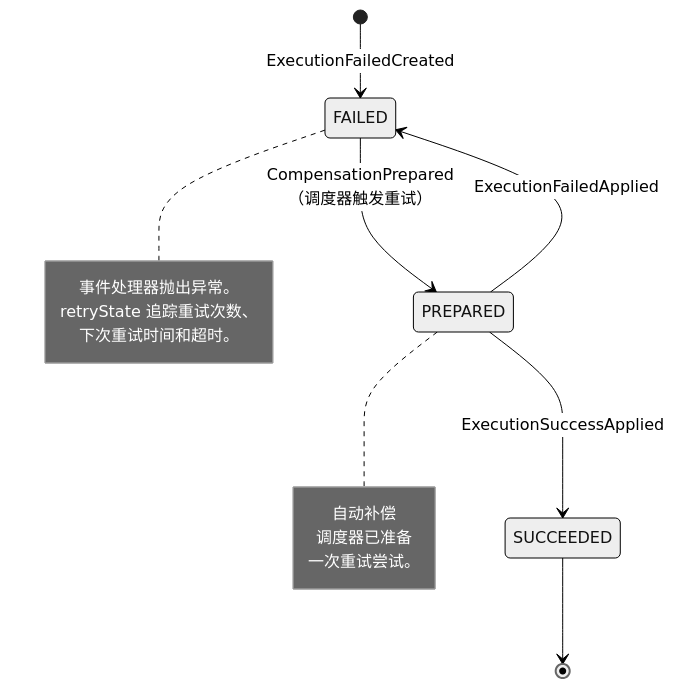
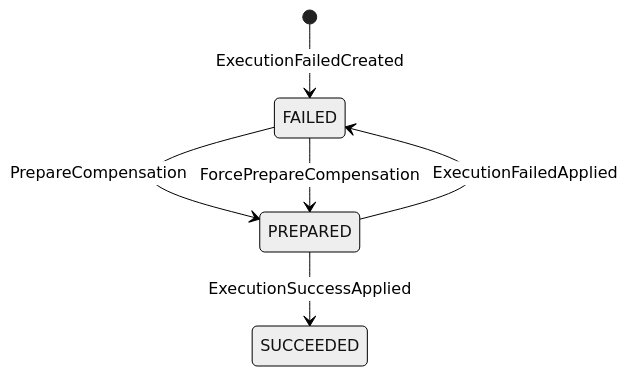
The third of 3 diagrams in documentation/docs/zh/guide/saga.md (Ahoo-Wang/Wow), drawn with Mermaid (neutral theme) before and after one commit. The commit also changed other lines of this file and 3 other files, not shown here.

````diff
--- a/documentation/docs/zh/guide/saga.md
+++ b/documentation/docs/zh/guide/saga.md
@@ -195,11 +149,8 @@
 ```mermaid
 stateDiagram-v2
     [*] --> FAILED: ExecutionFailedCreated
-    FAILED --> PREPARED: CompensationPrepared<br>（调度器触发重试）
+    FAILED --> PREPARED: PrepareCompensation
+    FAILED --> PREPARED: ForcePrepareCompensation
     PREPARED --> SUCCEEDED: ExecutionSuccessApplied
     PREPARED --> FAILED: ExecutionFailedApplied
-    SUCCEEDED --> [*]
-
-    note right of FAILED: 事件处理器抛出异常。<br>retryState 追踪重试次数、<br>下次重试时间和超时。
-    note right of PREPARED: 自动补偿<br>调度器已准备<br>一次重试尝试。
 ```
````
